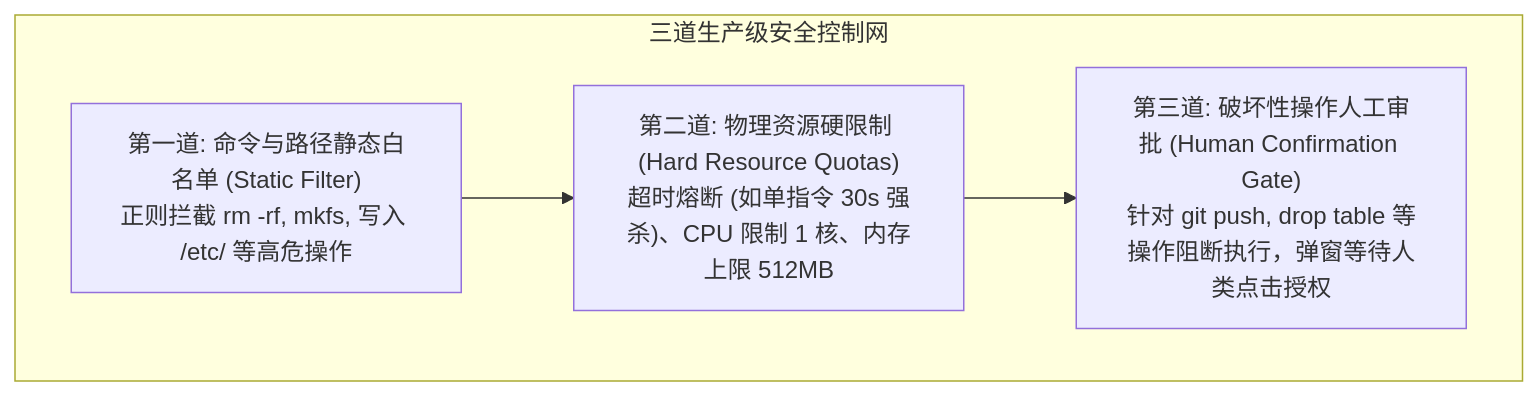
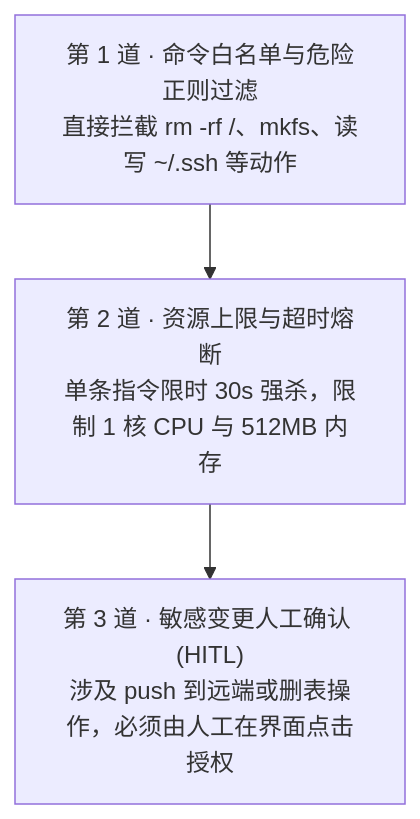
Before and after one commit to ljh12138164/ai-agent-study: the fourth of 4 diagrams in app/ch04-tools/04-sidecar-sandbox-and-safety/page.mdx, drawn with Mermaid. The commit also changed other lines of this file and 43 other files, not shown here.

````diff
--- a/app/ch04-tools/04-sidecar-sandbox-and-safety/page.mdx
+++ b/app/ch04-tools/04-sidecar-sandbox-and-safety/page.mdx
@@ -85,12 +83,6 @@
 ```mermaid
-graph TD
-    subgraph ThreeGuardrails["三道生产级安全控制网"]
-        G1["第一道: 命令与路径静态白名单 (Static Filter)<br/>正则拦截 rm -rf, mkfs, 写入 /etc/ 等高危操作"]
-        
-        G2["第二道: 物理资源硬限制 (Hard Resource Quotas)<br/>超时熔断 (如单指令 30s 强杀)、CPU 限制 1 核、内存上限 512MB"]
-        
-        G3["第三道: 破坏性操作人工审批 (Human Confirmation Gate)<br/>针对 git push, drop table 等操作阻断执行，弹窗等待人类点击授权"]
-    end
-    
-    G1 --> G2 --> G3
+flowchart TD
+    G1["第 1 道 · 命令白名单与危险正则过滤<br/>直接拦截 rm -rf /、mkfs、读写 ~/.ssh 等动作"]
+    --> G2["第 2 道 · 资源上限与超时熔断<br/>单条指令限时 30s 强杀，限制 1 核 CPU 与 512MB 内存"]
+    --> G3["第 3 道 · 敏感变更人工确认 (HITL)<br/>涉及 push 到远端或删表操作，必须由人工在界面点击授权"]
 ```
````
